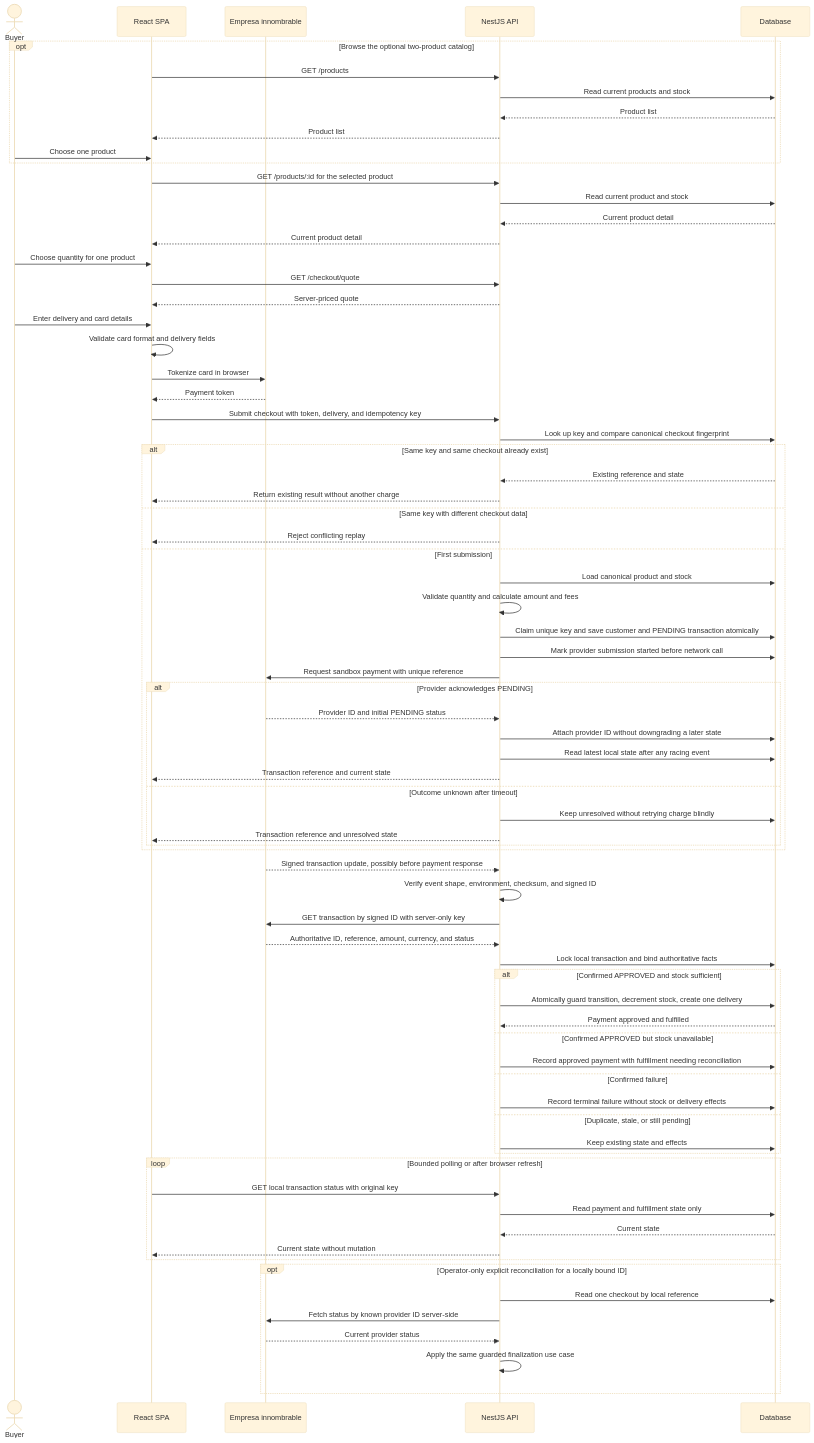
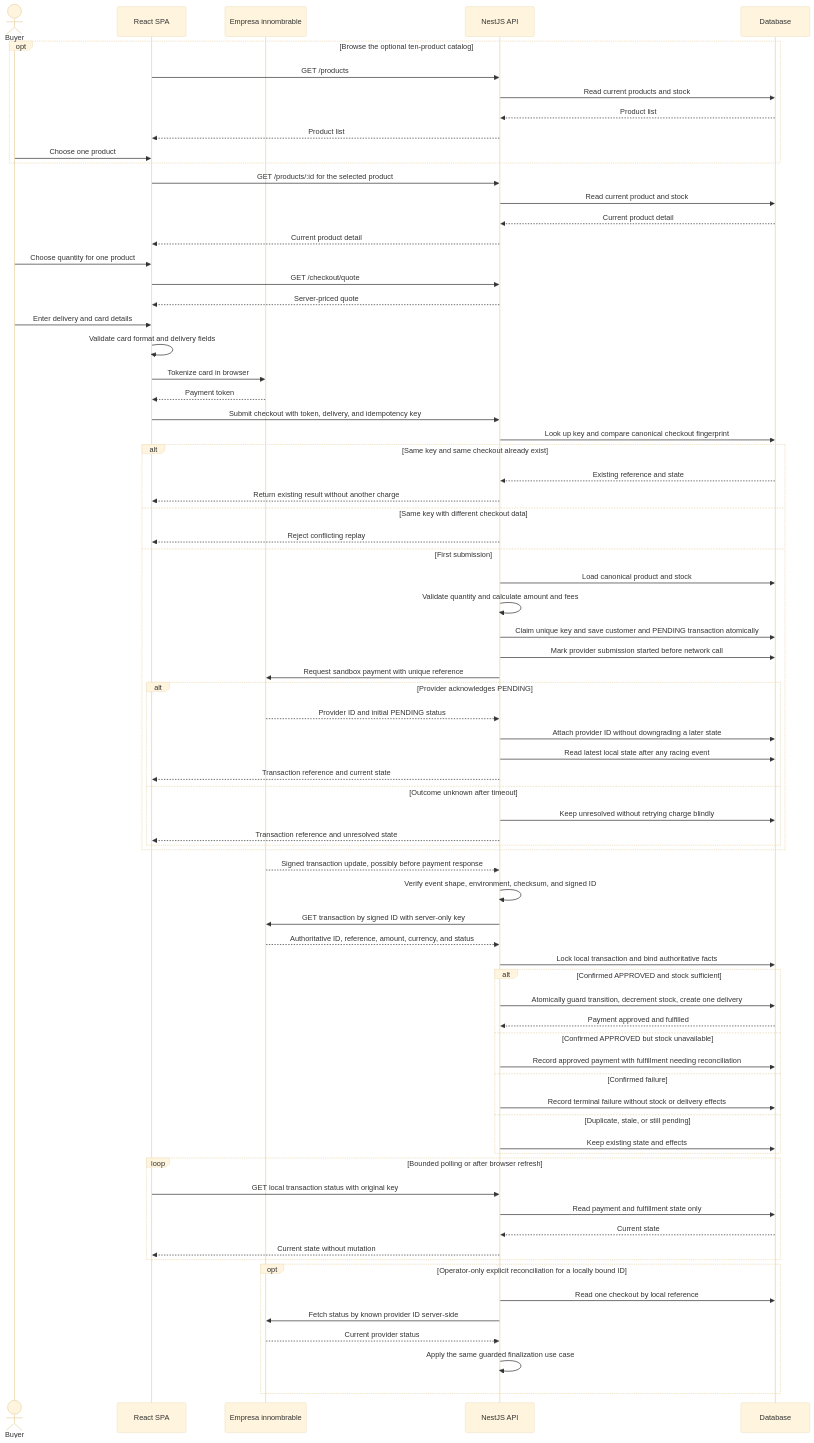
One commit to alexanderbeleno16/product-payment changed the third of 5 diagrams in README.md. Above: the diagram before and after it, drawn with Mermaid (base theme). The commit also changed other lines of this file, not shown here.

Commit message:
docs: reflect ten-product catalog and verified tests

````diff
--- a/README.md
+++ b/README.md
@@ -60,80 +60,80 @@
 ```mermaid
 sequenceDiagram
     actor Buyer
     participant SPA as React SPA
     participant Provider as Empresa innombrable
     participant API as NestJS API
     participant DB as Database
 
-    opt Browse the optional two-product catalog
+    opt Browse the optional ten-product catalog
         SPA->>API: GET /products
         API->>DB: Read current products and stock
         DB-->>API: Product list
         API-->>SPA: Product list
         Buyer->>SPA: Choose one product
     end
     SPA->>API: GET /products/:id for the selected product
     API->>DB: Read current product and stock
     DB-->>API: Current product detail
     API-->>SPA: Current product detail
     Buyer->>SPA: Choose quantity for one product
     SPA->>API: GET /checkout/quote
     API-->>SPA: Server-priced quote
     Buyer->>SPA: Enter delivery and card details
     SPA->>SPA: Validate card format and delivery fields
     SPA->>Provider: Tokenize card in browser
     Provider-->>SPA: Payment token
     SPA->>API: Submit checkout with token, delivery, and idempotency key
     API->>DB: Look up key and compare canonical checkout fingerprint
     alt Same key and same checkout already exist
         DB-->>API: Existing reference and state
         API-->>SPA: Return existing result without another charge
     else Same key with different checkout data
         API-->>SPA: Reject conflicting replay
     else First submission
         API->>DB: Load canonical product and stock
         API->>API: Validate quantity and calculate amount and fees
         API->>DB: Claim unique key and save customer and PENDING transaction atomically
         API->>DB: Mark provider submission started before network call
         API->>Provider: Request sandbox payment with unique reference
         alt Provider acknowledges PENDING
             Provider-->>API: Provider ID and initial PENDING status
             API->>DB: Attach provider ID without downgrading a later state
             API->>DB: Read latest local state after any racing event
             API-->>SPA: Transaction reference and current state
         else Outcome unknown after timeout
             API->>DB: Keep unresolved without retrying charge blindly
             API-->>SPA: Transaction reference and unresolved state
         end
     end
 
     Provider-->>API: Signed transaction update, possibly before payment response
     API->>API: Verify event shape, environment, checksum, and signed ID
     API->>Provider: GET transaction by signed ID with server-only key
     Provider-->>API: Authoritative ID, reference, amount, currency, and status
     API->>DB: Lock local transaction and bind authoritative facts
     alt Confirmed APPROVED and stock sufficient
         API->>DB: Atomically guard transition, decrement stock, create one delivery
         DB-->>API: Payment approved and fulfilled
     else Confirmed APPROVED but stock unavailable
         API->>DB: Record approved payment with fulfillment needing reconciliation
     else Confirmed failure
         API->>DB: Record terminal failure without stock or delivery effects
     else Duplicate, stale, or still pending
         API->>DB: Keep existing state and effects
     end
 
     loop Bounded polling or after browser refresh
         SPA->>API: GET local transaction status with original key
         API->>DB: Read payment and fulfillment state only
         DB-->>API: Current state
         API-->>SPA: Current state without mutation
     end
 
     opt Operator-only explicit reconciliation for a locally bound ID
         API->>DB: Read one checkout by local reference
         API->>Provider: Fetch status by known provider ID server-side
         Provider-->>API: Current provider status
         API->>API: Apply the same guarded finalization use case
     end
 ```
````
